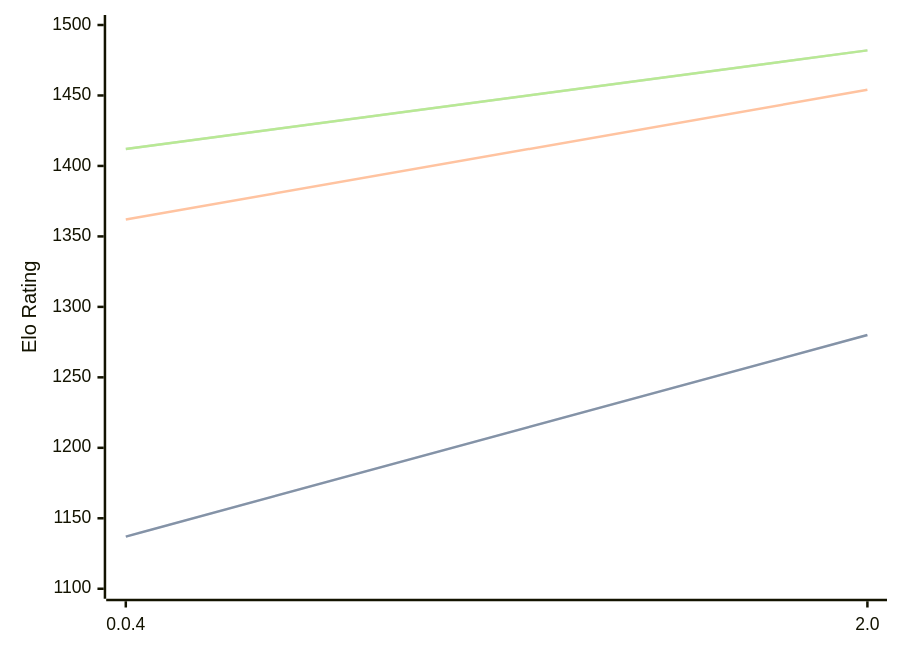
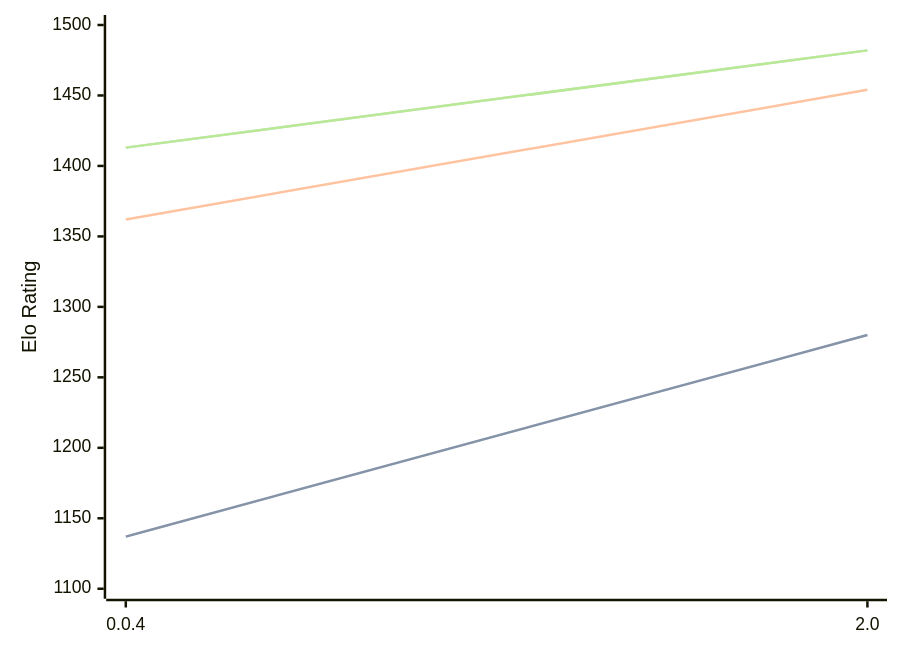
Before and after one commit to computer-chess-index/cci: the diagram in engines/Oops!Mate.md, drawn with Mermaid. The commit also changed other lines of this file, not shown here.

Commit message:
Update CCI Ratings (ELO VLTC) - 2026-09-01

````diff
--- a/engines/Oops!Mate.md
+++ b/engines/Oops!Mate.md
@@ -33,11 +33,11 @@
 ```mermaid
 %%{init: {"theme":"base","themeVariables":{"seriesColors:['#a3a3a3','#222221','#faa371']}}}%%
 xychart-beta
   x-axis ["0.0.4", "2.0"]
   y-axis "Elo Rating" 1100 --> 1500
   line "" [1137, 1280]
   line "STC (8.0+0.08s)" [1137, 1280]
   line "LTC (60.0+0.60s)" [1362, 1454]
-  line "" [1412, 1482]
-  line "VLTC (2m24s+1.12s)" [1412, 1482]
+  line "" [1413, 1482]
+  line "VLTC (2m24s+1.12s)" [1413, 1482]
 ```
````
